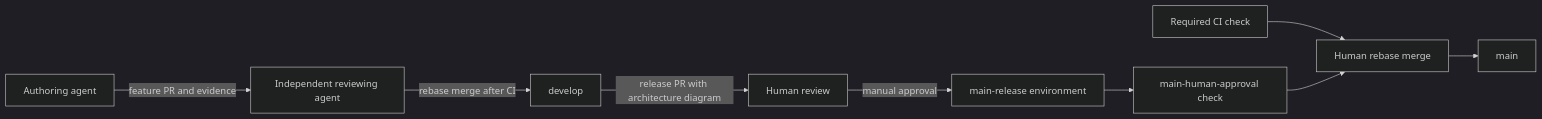
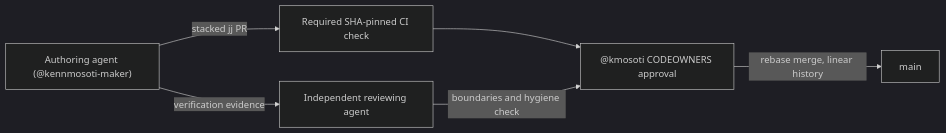
One commit to kmosoti/Metron changed the diagram in CONTRIBUTING.md. Above: the diagram before and after it, drawn with Mermaid (dark theme). The commit also changed other lines of this file and 8 other files, not shown here.

Commit message:
ci(workflow): adopt single-branch main, CODEOWNERS, SHA-pinned CI and stacked jj PRs

````diff
--- a/CONTRIBUTING.md
+++ b/CONTRIBUTING.md
@@ -61,11 +59,8 @@
 ```mermaid
 flowchart LR
-    Author[Authoring agent] -->|feature PR and evidence| Reviewer[Independent reviewing agent]
-    Reviewer -->|rebase merge after CI| Develop[develop]
-    Develop -->|release PR with architecture diagram| Human[Human review]
-    Human -->|manual approval| Gate[main-release environment]
-    Gate --> Approval[main-human-approval check]
-    CI[Required CI check] --> Merge[Human rebase merge]
-    Approval --> Merge
-    Merge --> Main[main]
+    Author["Authoring agent (@kennmosoti-maker)"] -->|stacked jj PR| CI[Required SHA-pinned CI check]
+    Author -->|verification evidence| Reviewer[Independent reviewing agent]
+    CI --> Gate["@kmosoti CODEOWNERS approval"]
+    Reviewer -->|boundaries and hygiene check| Gate
+    Gate -->|rebase merge, linear history| Main[main]
 ```
````
